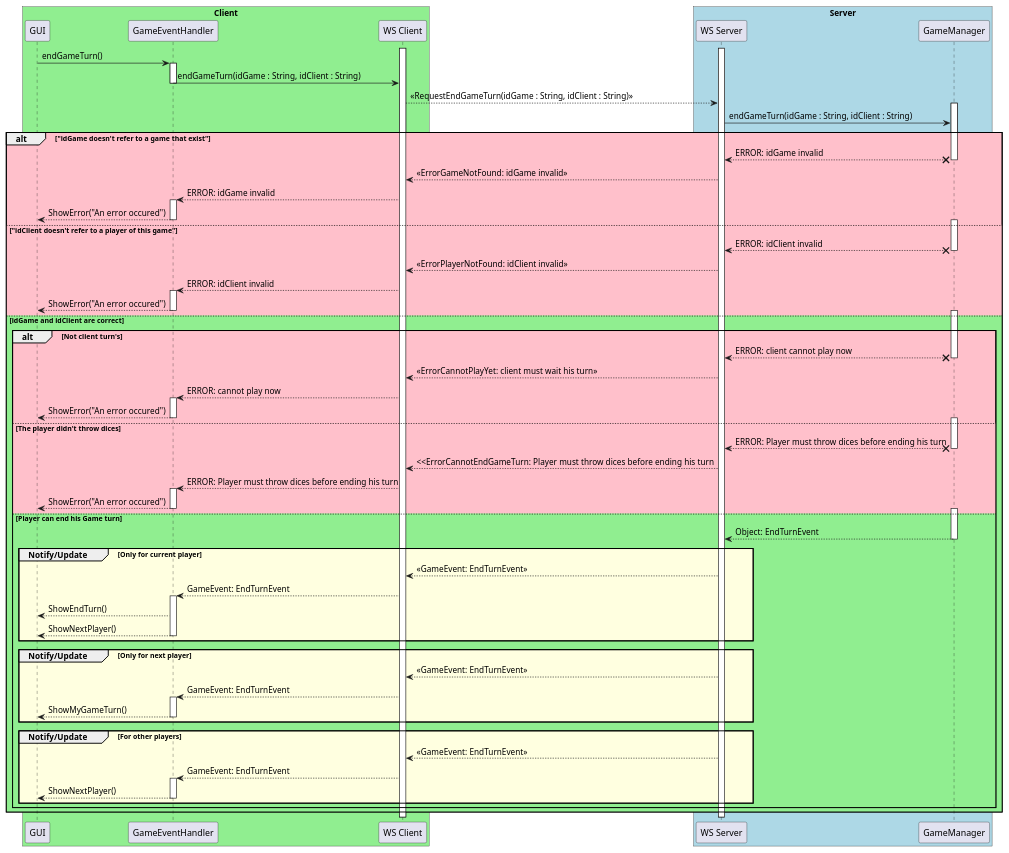
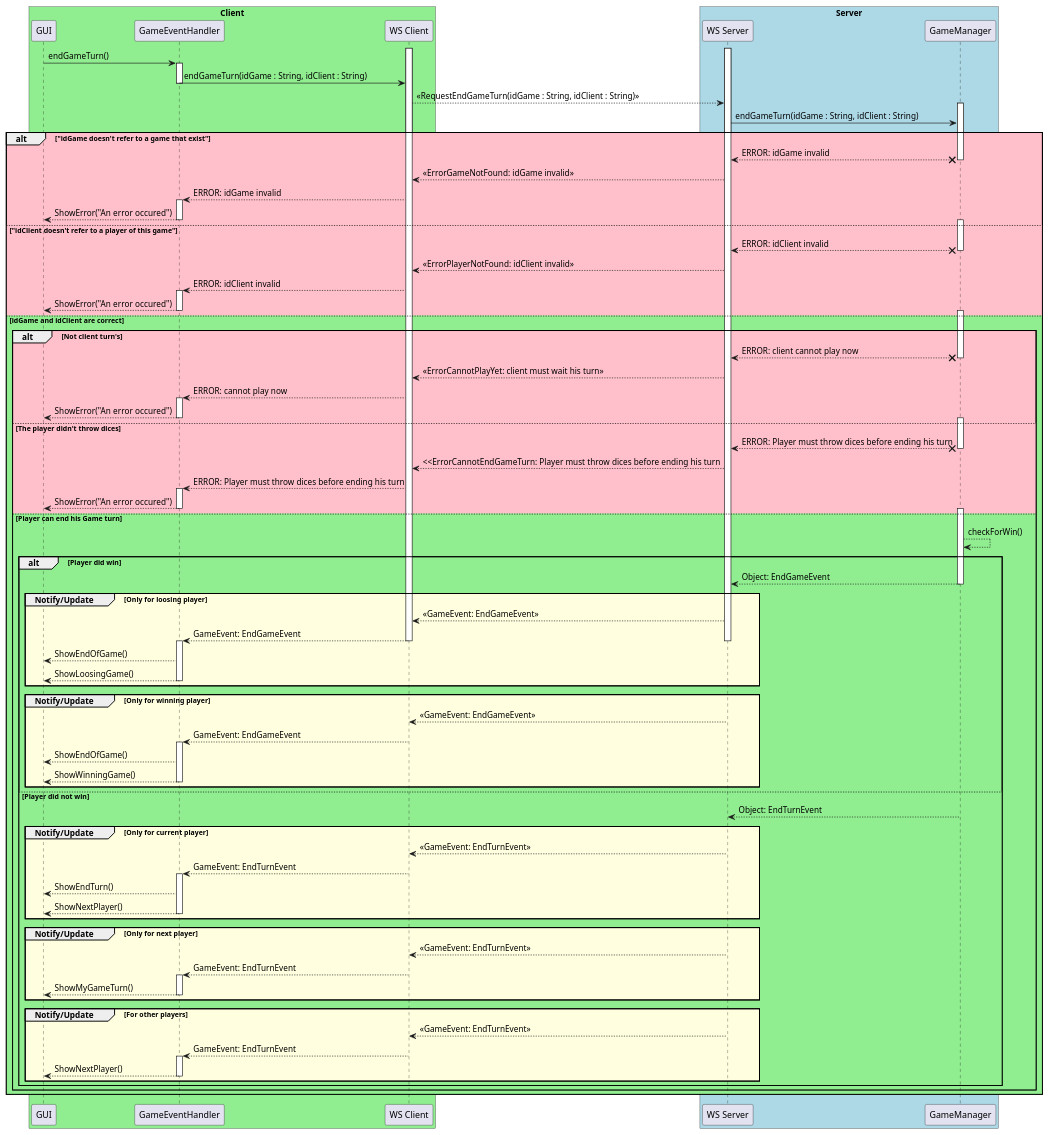
One commit to Lapin-Obez/colon_de_catane changed the diagram in catan-doc/modules/composants/examples/endGameTurnSequenceDiag.plantuml. Above: the diagram before and after it, drawn with PlantUML. The commit also changed 2 other files, not shown here.

Commit message:
Updating endGameTurnSequenceDiag.plantuml by merging content from endGameSequenceDiag.plantuml in composants part

```diff
--- a/catan-doc/modules/composants/examples/endGameTurnSequenceDiag.plantuml
+++ b/catan-doc/modules/composants/examples/endGameTurnSequenceDiag.plantuml
@@ -1,133 +1,165 @@
 @startuml
 
 
 box "Client" #LightGreen
   participant "GUI" as GUI
   participant "GameEventHandler" as GameEventHandler
   participant "WS Client" as WSClient
 end box
 
 box "Server" #LightBlue
   participant "WS Server" as WSServer
   participant "GameManager" as GameManager
 end box
 
 
 activate WSClient
 activate WSServer
 
 
 GUI -> GameEventHandler : endGameTurn()
 activate GameEventHandler
 
 GameEventHandler -> WSClient : endGameTurn(idGame : String, idClient : String)
 deactivate GameEventHandler
 
 WSClient --> WSServer : <<RequestEndGameTurn(idGame : String, idClient : String)>>
 
 activate GameManager
 WSServer -> GameManager : endGameTurn(idGame : String, idClient : String)
 
 
 alt #Pink "idGame doesn't refer to a game that exist"
   GameManager x--> WSServer : ERROR: idGame invalid
   deactivate GameManager
   
   WSServer --> WSClient : <<ErrorGameNotFound: idGame invalid>>
 
   WSClient --> GameEventHandler : ERROR: idGame invalid
   activate GameEventHandler
 
   GameEventHandler --> GUI : ShowError("An error occured")
   deactivate GameEventHandler
 
 
 else #Pink "idClient doesn't refer to a player of this game"
   activate GameManager
 
   GameManager x--> WSServer : ERROR: idClient invalid
   deactivate GameManager
   
   WSServer --> WSClient : <<ErrorPlayerNotFound: idClient invalid>>
 
   WSClient --> GameEventHandler : ERROR: idClient invalid
   activate GameEventHandler
 
   GameEventHandler --> GUI : ShowError("An error occured")
   deactivate GameEventHandler
 
 
 else #LightGreen idGame and idClient are correct
   
   
   alt #Pink Not client turn's
 
     activate GameManager
 
     GameManager x--> WSServer : ERROR: client cannot play now
     deactivate GameManager
     
     WSServer --> WSClient : <<ErrorCannotPlayYet: client must wait his turn>>
   
     WSClient --> GameEventHandler : ERROR: cannot play now
     activate GameEventHandler
   
     GameEventHandler --> GUI : ShowError("An error occured")
     deactivate GameEventHandler
   
     
   else #Pink The player didn't throw dices
 
     activate GameManager
 
     GameManager x--> WSServer : ERROR: Player must throw dices before ending his turn
     deactivate GameManager
     
     WSServer --> WSClient : <<ErrorCannotEndGameTurn: Player must throw dices before ending his turn
   
     WSClient --> GameEventHandler : ERROR: Player must throw dices before ending his turn
     activate GameEventHandler
   
     GameEventHandler --> GUI : ShowError("An error occured")
     deactivate GameEventHandler
     
     
   else #LightGreen Player can end his Game turn
     
     activate GameManager
 
-    GameManager --> WSServer : Object: EndTurnEvent
-    deactivate GameManager
-    
-    
-    group #LightYellow Notify/Update [Only for current player]
-      WSServer --> WSClient : <<GameEvent: EndTurnEvent>>
-      WSClient --> GameEventHandler : GameEvent: EndTurnEvent
-      activate GameEventHandler
-  
-      GameEventHandler --> GUI : ShowEndTurn()
-      GameEventHandler --> GUI : ShowNextPlayer()
-      deactivate GameEventHandler
-    end
-    
-    group #LightYellow Notify/Update [Only for next player]
-      WSServer --> WSClient : <<GameEvent: EndTurnEvent>>
-      WSClient --> GameEventHandler : GameEvent: EndTurnEvent
-      activate GameEventHandler
-  
-      GameEventHandler --> GUI : ShowMyGameTurn()
-      deactivate GameEventHandler
-    end
-    
-    group #LightYellow Notify/Update [For other players]
-      WSServer --> WSClient : <<GameEvent: EndTurnEvent>>
-      WSClient --> GameEventHandler : GameEvent: EndTurnEvent
-      activate GameEventHandler
-  
-      GameEventHandler --> GUI : ShowNextPlayer()
-      deactivate GameEventHandler
+    GameManager --> GameManager : checkForWin()
+
+    alt #LightGreen Player did win
+          GameManager --> WSServer : Object: EndGameEvent
+
+          deactivate GameManager
+
+          group #LightYellow Notify/Update [Only for loosing player]
+            WSServer --> WSClient : <<GameEvent: EndGameEvent>>
+            WSClient --> GameEventHandler : GameEvent: EndGameEvent
+            deactivate WSServer
+            deactivate WSClient
+            activate GameEventHandler
+
+            GameEventHandler --> GUI : ShowEndOfGame()
+            GameEventHandler --> GUI : ShowLoosingGame()
+            deactivate GameEventHandler
+          end
+
+          group #LightYellow Notify/Update [Only for winning player]
+            WSServer --> WSClient : <<GameEvent: EndGameEvent>>
+            WSClient --> GameEventHandler : GameEvent: EndGameEvent
+            deactivate WSServer
+            deactivate WSClient
+            activate GameEventHandler
+
+            GameEventHandler --> GUI : ShowEndOfGame()
+            GameEventHandler --> GUI : ShowWinningGame()
+            deactivate GameEventHandler
+          end
+
+    else #LightGreen Player did not win
+      activate GameManager
+      GameManager --> WSServer : Object: EndTurnEvent
+      deactivate GameManager
+      group #LightYellow Notify/Update [Only for current player]
+        WSServer --> WSClient : <<GameEvent: EndTurnEvent>>
+        WSClient --> GameEventHandler : GameEvent: EndTurnEvent
+        activate GameEventHandler
+
+        GameEventHandler --> GUI : ShowEndTurn()
+        GameEventHandler --> GUI : ShowNextPlayer()
+        deactivate GameEventHandler
+      end
+
+      group #LightYellow Notify/Update [Only for next player]
+        WSServer --> WSClient : <<GameEvent: EndTurnEvent>>
+        WSClient --> GameEventHandler : GameEvent: EndTurnEvent
+        activate GameEventHandler
+
+        GameEventHandler --> GUI : ShowMyGameTurn()
+        deactivate GameEventHandler
+      end
+
+      group #LightYellow Notify/Update [For other players]
+        WSServer --> WSClient : <<GameEvent: EndTurnEvent>>
+        WSClient --> GameEventHandler : GameEvent: EndTurnEvent
+        activate GameEventHandler
+
+        GameEventHandler --> GUI : ShowNextPlayer()
+        deactivate GameEventHandler
+      end
     end
   end
 end
 
 @enduml
```
